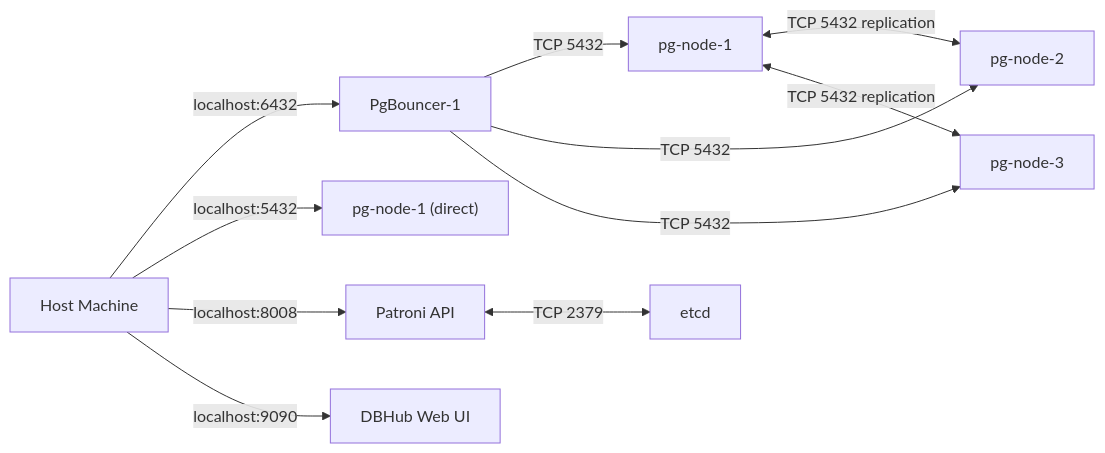
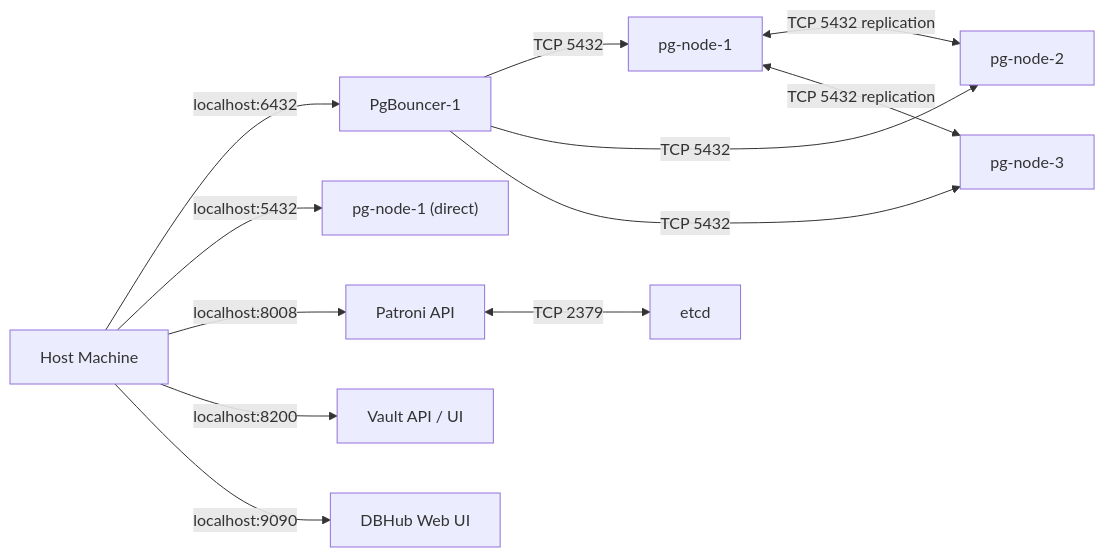
Before and after one commit to venkatajangala/terraform-docker-container-postgres: diagram 12 of 16 in docs/architecture/ARCHITECTURE.md, drawn with Mermaid. The commit also changed other lines of this file and 2 other files, not shown here.

````diff
--- a/docs/architecture/ARCHITECTURE.md
+++ b/docs/architecture/ARCHITECTURE.md
@@ -272,20 +349,21 @@
 ```mermaid
 graph LR
     HOST["Host Machine"]
     PGB1["PgBouncer-1"]
     PG1D["pg-node-1 (direct)"]
     PAT["Patroni API"]
     DBH["DBHub Web UI"]
     PG1["pg-node-1"]
     PG2["pg-node-2"]
     PG3["pg-node-3"]
     ETCD["etcd"]
 
     HOST -->|"localhost:6432"| PGB1
     HOST -->|"localhost:5432"| PG1D
     HOST -->|"localhost:8008"| PAT
+    HOST -->|"localhost:8200"| VLT["Vault API / UI"]
     HOST -->|"localhost:9090"| DBH
     PGB1 -->|"TCP 5432"| PG1 & PG2 & PG3
     PAT <-->|"TCP 2379"| ETCD
     PG1 <-->|"TCP 5432 replication"| PG2 & PG3
 ```
````
